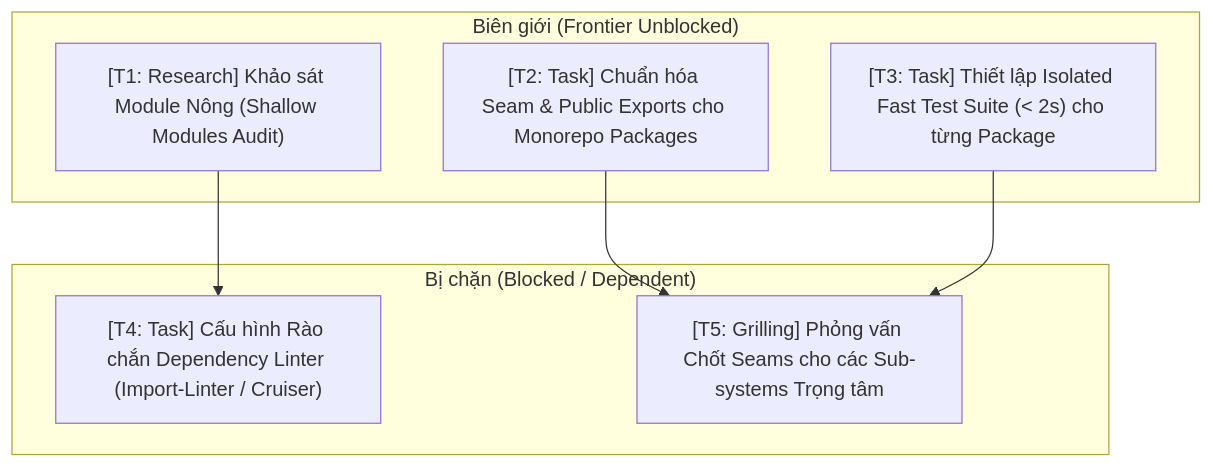
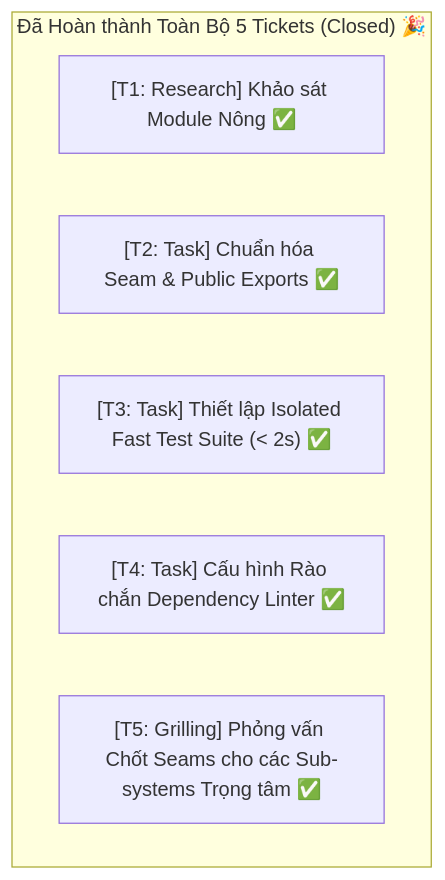
One commit to vvChu/ccba-agent-platform changed the diagram in .md/wayfinder/agent_ready_codebase_map.md. Above: the diagram before and after it, drawn with Mermaid. The commit also changed other lines of this file and 61 other files, not shown here.

Commit message:
feat(architecture): enforce deep modules, fast test suites and dependency boundaries per ADR-0011

````diff
--- a/.md/wayfinder/agent_ready_codebase_map.md
+++ b/.md/wayfinder/agent_ready_codebase_map.md
@@ -40,17 +45,10 @@
 ```mermaid
 flowchart TD
-    subgraph Frontier ["Biên giới (Frontier Unblocked)"]
-        T1["[T1: Research] Khảo sát Module Nông (Shallow Modules Audit)"]
-        T2["[T2: Task] Chuẩn hóa Seam & Public Exports cho Monorepo Packages"]
-        T3["[T3: Task] Thiết lập Isolated Fast Test Suite (< 2s) cho từng Package"]
+    subgraph Done ["Đã Hoàn thành Toàn Bộ 5 Tickets (Closed) 🎉"]
+        T1["[T1: Research] Khảo sát Module Nông ✅"]
+        T2["[T2: Task] Chuẩn hóa Seam & Public Exports ✅"]
+        T3["[T3: Task] Thiết lập Isolated Fast Test Suite (< 2s) ✅"]
+        T4["[T4: Task] Cấu hình Rào chắn Dependency Linter ✅"]
+        T5["[T5: Grilling] Phỏng vấn Chốt Seams cho các Sub-systems Trọng tâm ✅"]
     end
-
-    subgraph Blocked ["Bị chặn (Blocked / Dependent)"]
-        T4["[T4: Task] Cấu hình Rào chắn Dependency Linter (Import-Linter / Cruiser)"]
-        T5["[T5: Grilling] Phỏng vấn Chốt Seams cho các Sub-systems Trọng tâm"]
-    end
-
-    T1 --> T4
-    T2 --> T5
-    T3 --> T5
 ```
````
